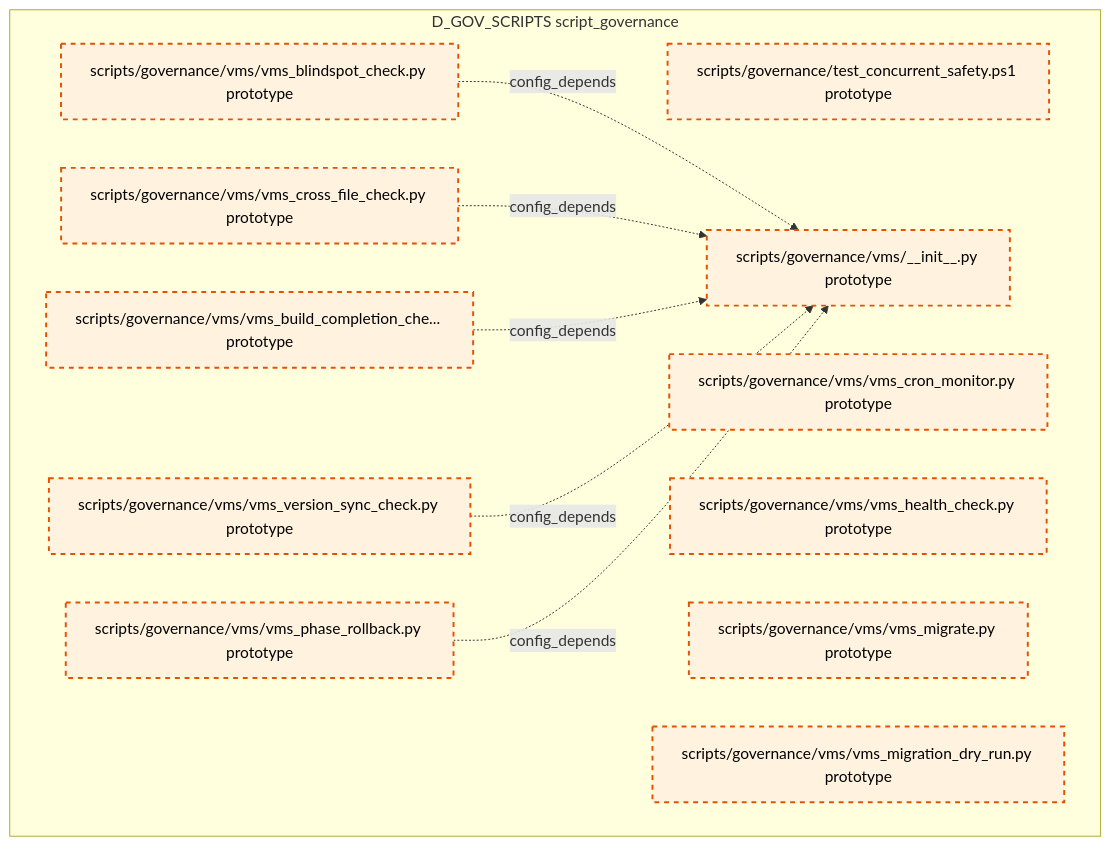
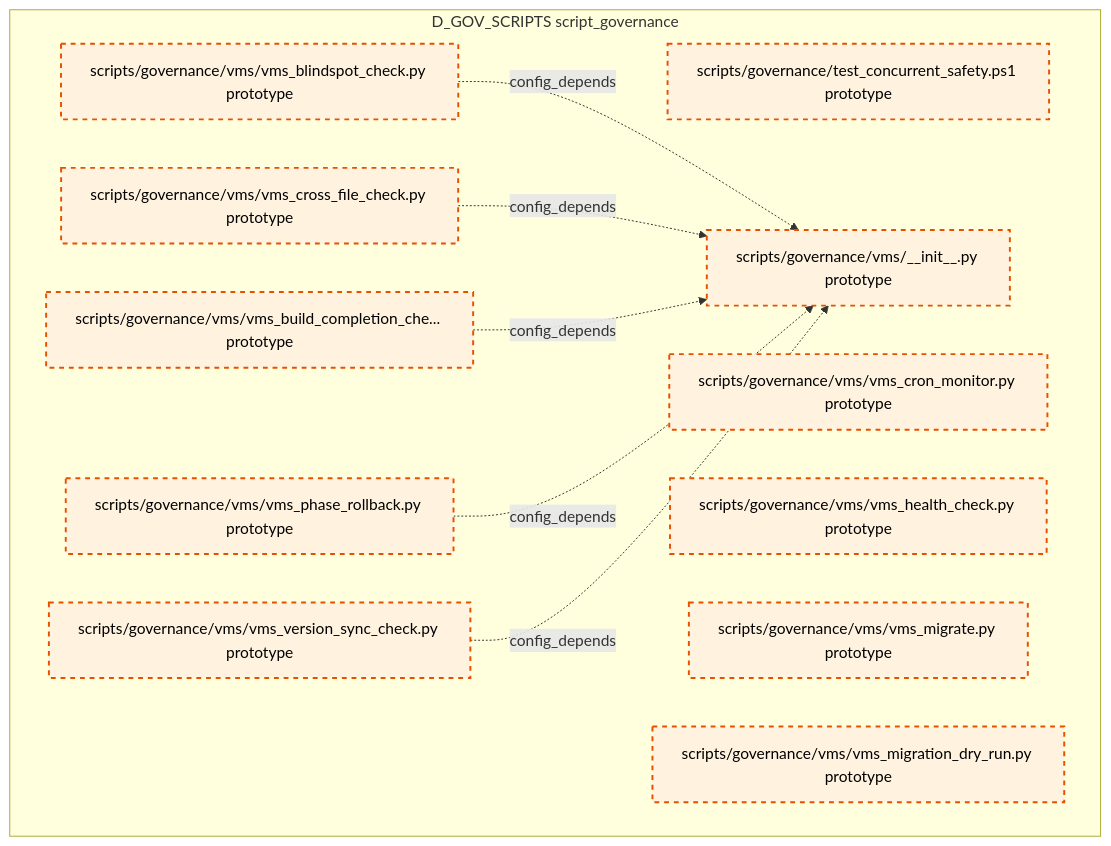
Diagram 15 of 15 in docs/02_enterprise_architecture/02_domain_architecture_docs/36_d_gov_scripts.md (xuanFelixVan/ZephyrAlpha), drawn with Mermaid before and after one commit. The commit also changed other lines of this file and 99 other files, not shown here.

````diff
--- a/docs/02_enterprise_architecture/02_domain_architecture_docs/36_d_gov_scripts.md
+++ b/docs/02_enterprise_architecture/02_domain_architecture_docs/36_d_gov_scripts.md
@@ -1015,26 +1013,26 @@
 ```mermaid
 graph TD
     subgraph D_GOV_SCRIPTS["D_GOV_SCRIPTS script_governance"]
         scripts_governance_test_concurrent_safety_ps1["scripts/governance/test_concurrent_safety.ps1 prototype"]
         scripts_governance_vms_init_py["scripts/governance/vms/__init__.py prototype"]
         scripts_governance_vms_vms_blindspot_check_py["scripts/governance/vms/vms_blindspot_check.py prototype"]
         scripts_governance_vms_vms_build_completion_check_py["scripts/governance/vms/vms_build_completion_che... prototype"]
         scripts_governance_vms_vms_cron_monitor_py["scripts/governance/vms/vms_cron_monitor.py prototype"]
         scripts_governance_vms_vms_cross_file_check_py["scripts/governance/vms/vms_cross_file_check.py prototype"]
         scripts_governance_vms_vms_health_check_py["scripts/governance/vms/vms_health_check.py prototype"]
         scripts_governance_vms_vms_migrate_py["scripts/governance/vms/vms_migrate.py prototype"]
         scripts_governance_vms_vms_migration_dry_run_py["scripts/governance/vms/vms_migration_dry_run.py prototype"]
         scripts_governance_vms_vms_phase_rollback_py["scripts/governance/vms/vms_phase_rollback.py prototype"]
         scripts_governance_vms_vms_version_sync_check_py["scripts/governance/vms/vms_version_sync_check.py prototype"]
     end
     scripts_governance_vms_vms_blindspot_check_py -.->|config_depends| scripts_governance_vms_init_py
     scripts_governance_vms_vms_cross_file_check_py -.->|config_depends| scripts_governance_vms_init_py
     scripts_governance_vms_vms_build_completion_check_py -.->|config_depends| scripts_governance_vms_init_py
+    scripts_governance_vms_vms_phase_rollback_py -.->|config_depends| scripts_governance_vms_init_py
     scripts_governance_vms_vms_version_sync_check_py -.->|config_depends| scripts_governance_vms_init_py
-    scripts_governance_vms_vms_phase_rollback_py -.->|config_depends| scripts_governance_vms_init_py
     classDef production fill:#e1f5fe,stroke:#01579b,stroke-width:2px,color:#000
     classDef design fill:#fff3e0,stroke:#e65100,stroke-width:2px,color:#000,stroke-dasharray: 5 5
     classDef external_prod fill:#e8f5e9,stroke:#1b5e20,stroke-width:1px,color:#000
     classDef external_design fill:#fce4ec,stroke:#880e4f,stroke-width:1px,color:#000,stroke-dasharray: 5 5
     class scripts_governance_test_concurrent_safety_ps1,scripts_governance_vms_init_py,scripts_governance_vms_vms_blindspot_check_py,scripts_governance_vms_vms_build_completion_check_py,scripts_governance_vms_vms_cron_monitor_py,scripts_governance_vms_vms_cross_file_check_py,scripts_governance_vms_vms_health_check_py,scripts_governance_vms_vms_migrate_py,scripts_governance_vms_vms_migration_dry_run_py,scripts_governance_vms_vms_phase_rollback_py,scripts_governance_vms_vms_version_sync_check_py design
 ```
````
